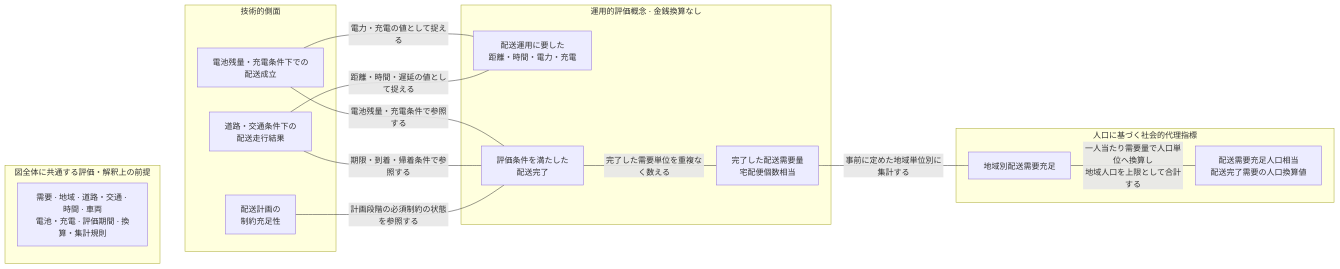
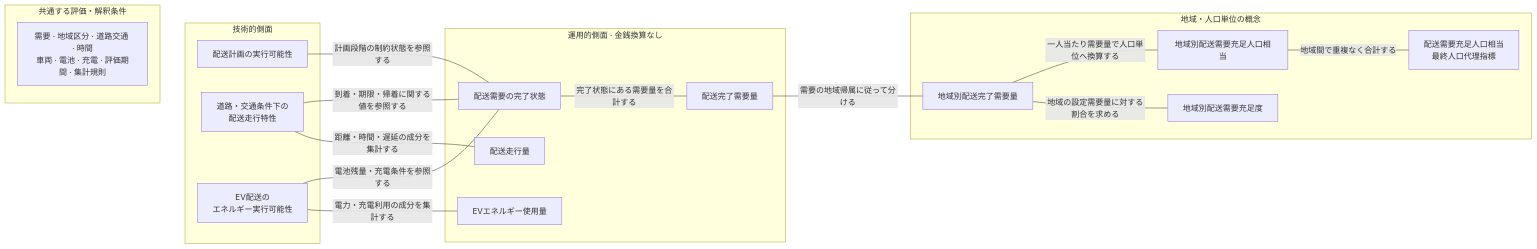
One commit to tkm-sano/kmd-analysis changed the diagram in 05_src/traffic_simulation/impact_propagation/operational_impact_propagation_ja.md. Above: the diagram before and after it, drawn with Mermaid. The commit also changed other lines of this file and 1 other file, not shown here.

````diff
--- a/05_src/traffic_simulation/impact_propagation/operational_impact_propagation_ja.md
+++ b/05_src/traffic_simulation/impact_propagation/operational_impact_propagation_ja.md
@@ -29,34 +29,39 @@
 ```mermaid
 flowchart LR
-    subgraph premises["図全体に共通する評価・解釈上の前提"]
-        conditions["需要 · 地域 · 道路・交通 · 時間 · 車両<br/>電池・充電 · 評価期間 · 換算・集計規則"]
+    subgraph premises["共通する評価・解釈条件"]
+        conditions["需要 · 地域区分 · 道路交通 · 時間<br/>車両 · 電池 · 充電 · 評価期間 · 集計規則"]
     end
 
     subgraph technical["技術的側面"]
-        planning["配送計画の<br/>制約充足性"]
-        driving["道路・交通条件下の<br/>配送走行結果"]
-        ev["電池残量・充電条件下での<br/>配送成立"]
+        planning["配送計画の実行可能性"]
+        driving["道路・交通条件下の<br/>配送走行特性"]
+        ev["EV配送の<br/>エネルギー実行可能性"]
     end
 
-    subgraph operational["運用的評価概念 · 金銭換算なし"]
-        use["配送運用に要した<br/>距離・時間・電力・充電"]
-        completion["評価条件を満たした<br/>配送完了"]
-        amount["完了した配送需要量<br/>宅配便個数相当"]
+    subgraph operational["運用的側面 · 金銭換算なし"]
+        movement["配送走行量"]
+        energy["EVエネルギー使用量"]
+        completion["配送需要の完了状態"]
+        amount["配送完了需要量"]
     end
 
-    subgraph proxy["人口に基づく社会的代理指標"]
-        regional["地域別配送需要充足"]
-        population["配送需要充足人口相当<br/>配送完了需要の人口換算値"]
+    subgraph regional["地域・人口単位の概念"]
+        regional_amount["地域別配送完了需要量"]
+        regional_rate["地域別配送需要充足度"]
+        regional_population["地域別配送需要充足人口相当"]
+        population["配送需要充足人口相当<br/>最終人口代理指標"]
     end
 
-    planning ---|計画段階の必須制約の状態を参照する| completion
-    driving ---|距離・時間・遅延の値として捉える| use
-    driving ---|期限・到着・帰着条件で参照する| completion
-    ev ---|電力・充電の値として捉える| use
-    ev ---|電池残量・充電条件で参照する| completion
-    completion ---|完了した需要単位を重複なく数える| amount
-    amount ---|事前に定めた地域単位別に集計する| regional
-    regional ---|一人当たり需要量で人口単位へ換算し<br/>地域人口を上限として合計する| population
+    driving ---|距離・時間・遅延の成分を集計する| movement
+    ev ---|電力・充電利用の成分を集計する| energy
+    planning ---|計画段階の制約状態を参照する| completion
+    driving ---|到着・期限・帰着に関する値を参照する| completion
+    ev ---|電池残量・充電条件を参照する| completion
+    completion ---|完了状態にある需要量を合計する| amount
+    amount ---|需要の地域帰属に従って分ける| regional_amount
+    regional_amount ---|地域の設定需要量に対する割合を求める| regional_rate
+    regional_amount ---|一人当たり需要量で人口単位へ換算する| regional_population
+    regional_population ---|地域間で重複なく合計する| population
 
     conditions ~~~ planning
 ```
````
